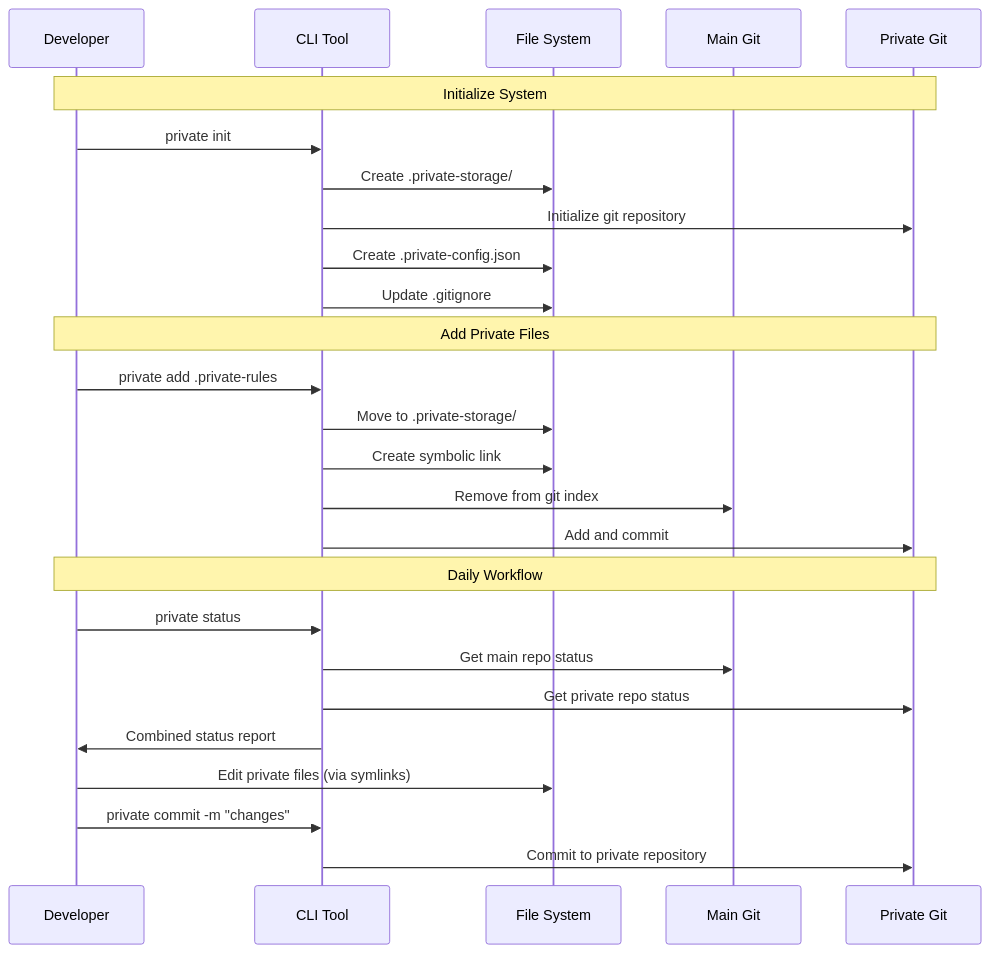
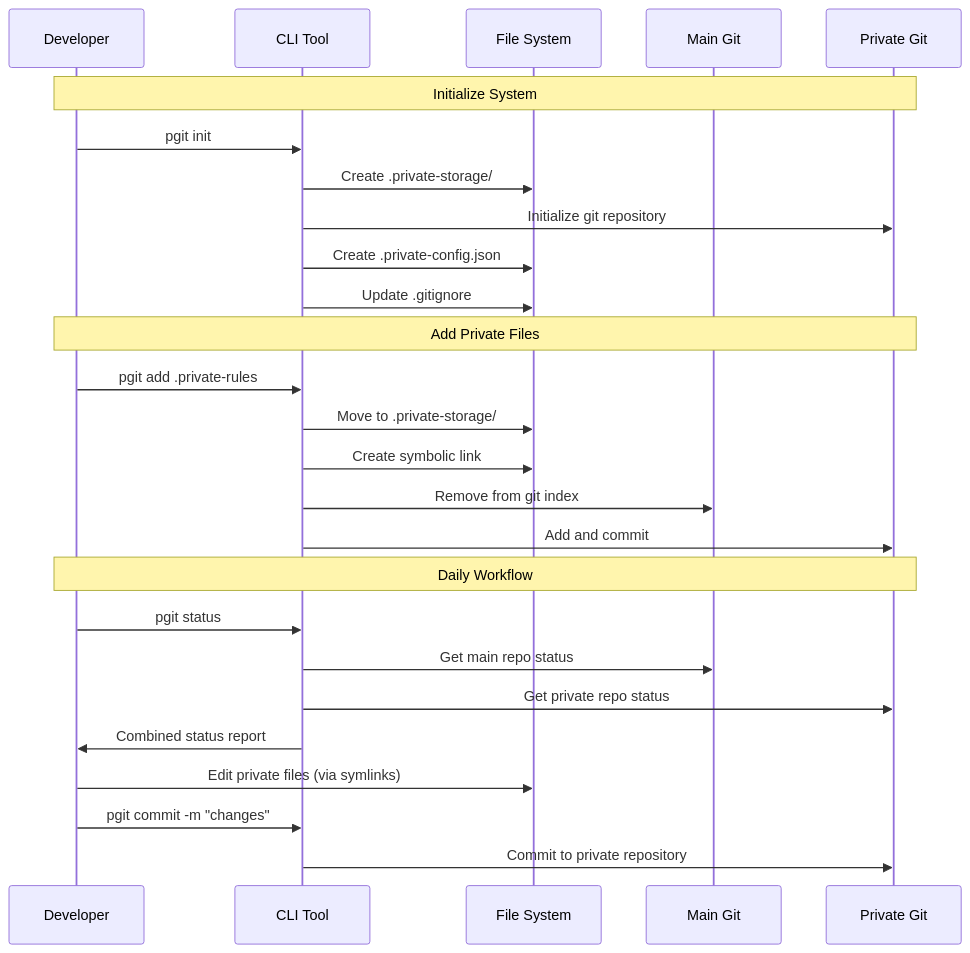
Before and after one commit to jack-sparrow-1904/pgit-cli: the third of 4 diagrams in Initial Plan.md, drawn with Mermaid. The commit also changed other lines of this file and 1 other file, not shown here.

First line of the commit message:
fix: correct package names and CLI commands in documentation

````diff
--- a/Initial Plan.md
+++ b/Initial Plan.md
@@ -1009,32 +1009,32 @@
 ```mermaid
 sequenceDiagram
     participant DEV as Developer
     participant CLI as CLI Tool
     participant FS as File System
     participant MAIN as Main Git
     participant PRIV as Private Git
     
     Note over DEV,PRIV: Initialize System
-    DEV->>CLI: private init
+    DEV->>CLI: pgit init
     CLI->>FS: Create .private-storage/
     CLI->>PRIV: Initialize git repository
     CLI->>FS: Create .private-config.json
     CLI->>FS: Update .gitignore
     
     Note over DEV,PRIV: Add Private Files
-    DEV->>CLI: private add .private-rules
+    DEV->>CLI: pgit add .private-rules
     CLI->>FS: Move to .private-storage/
     CLI->>FS: Create symbolic link
     CLI->>MAIN: Remove from git index
     CLI->>PRIV: Add and commit
     
     Note over DEV,PRIV: Daily Workflow
-    DEV->>CLI: private status
+    DEV->>CLI: pgit status
     CLI->>MAIN: Get main repo status
     CLI->>PRIV: Get private repo status
     CLI->>DEV: Combined status report
     
     DEV->>FS: Edit private files (via symlinks)
-    DEV->>CLI: private commit -m "changes"
+    DEV->>CLI: pgit commit -m "changes"
     CLI->>PRIV: Commit to private repository
 ```
````
